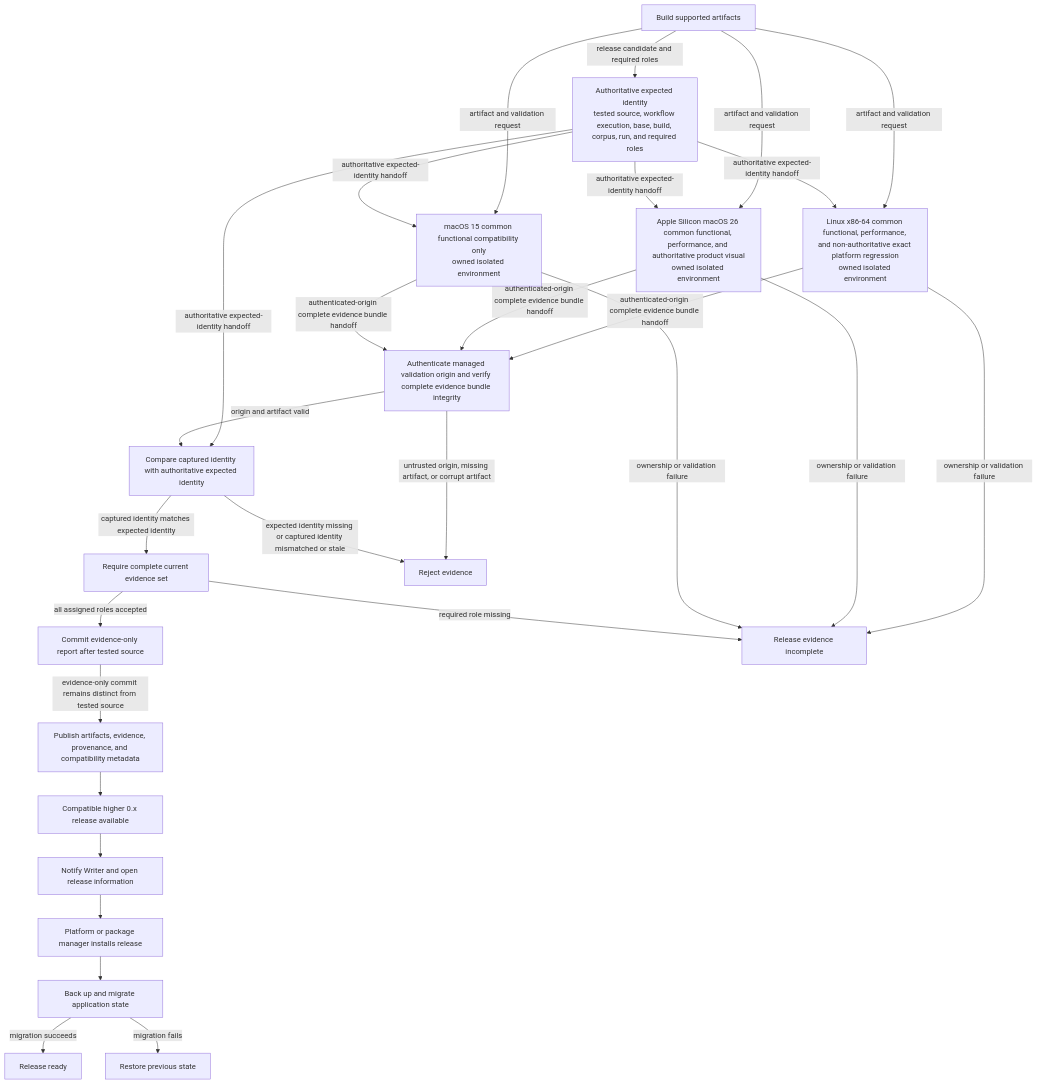
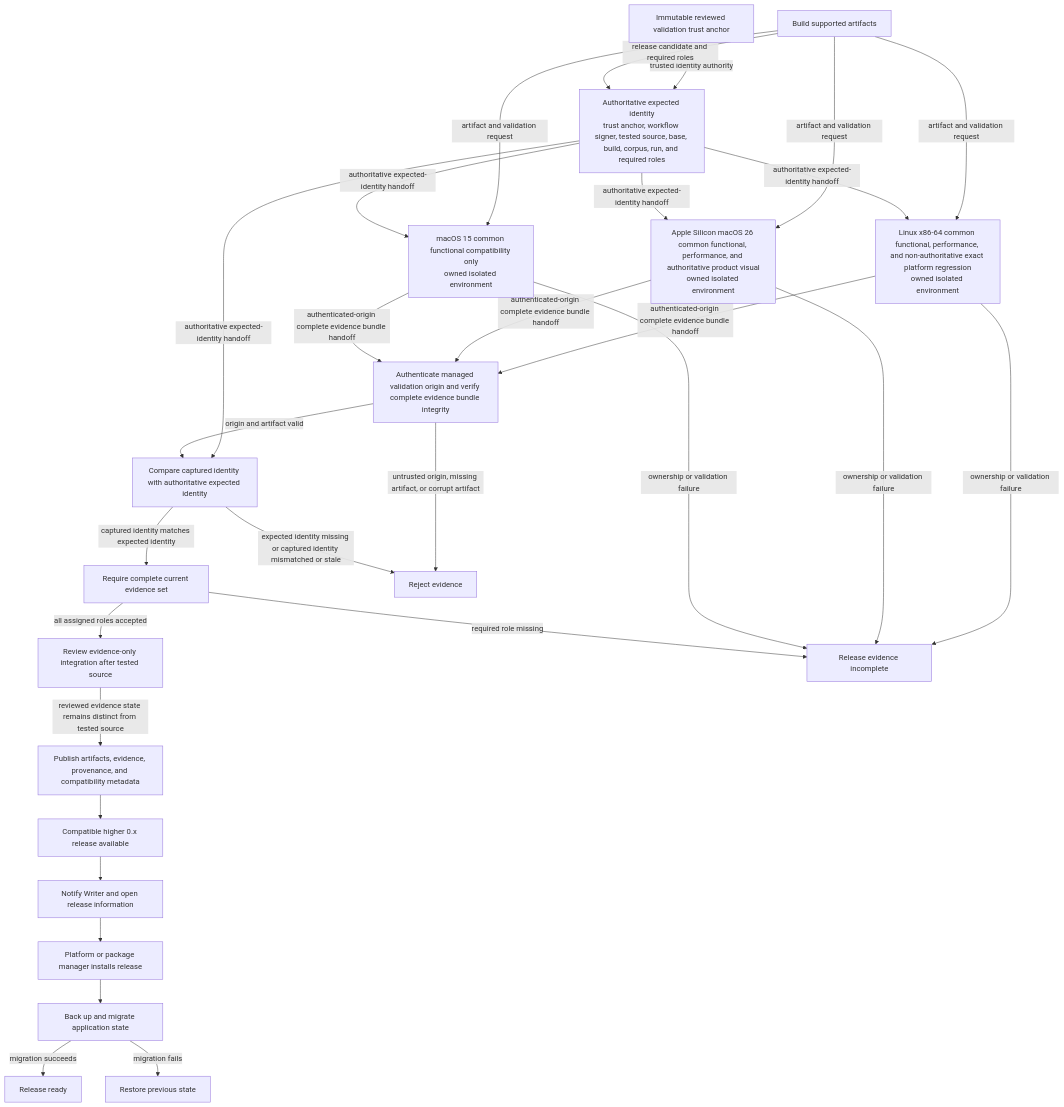
The diagram in .constitution/architecture/flows/flow-release.md (SkrOYC/burlmd), drawn with Mermaid before and after one commit. The commit also changed other lines of this file and 21 other files, not shown here.

First line of the commit message:
docs: bootstrap managed evidence from a merged trust anchor

````diff
--- a/.constitution/architecture/flows/flow-release.md
+++ b/.constitution/architecture/flows/flow-release.md
@@ -5,49 +5,51 @@
 ```mermaid
 flowchart TD
     Build[Build supported artifacts]
-    Expected[Authoritative expected identity\ntested source, workflow execution, base, build, corpus, run, and required roles]
+    Trust[Immutable reviewed validation trust anchor]
+    Expected[Authoritative expected identity\ntrust anchor, workflow signer, tested source, base, build, corpus, run, and required roles]
     Linux[Linux x86-64 common functional, performance, and non-authoritative exact platform regression\nowned isolated environment]
     MacReference[Apple Silicon macOS 26 common functional, performance, and authoritative product visual\nowned isolated environment]
     MacCompatibility[macOS 15 common functional compatibility only\nowned isolated environment]
     Integrity[Authenticate managed validation origin and verify complete evidence bundle integrity]
     Identity[Compare captured identity with authoritative expected identity]
     Complete[Require complete current evidence set]
-    Report[Commit evidence-only report after tested source]
+    Report[Review evidence-only integration after tested source]
     Publish[Publish artifacts, evidence, provenance, and compatibility metadata]
     Available[Compatible higher 0.x release available]
     Notify[Notify Writer and open release information]
     PlatformInstall[Platform or package manager installs release]
     Migrating[Back up and migrate application state]
     Ready[Release ready]
     PreviousState[Restore previous state]
     Failed[Release evidence incomplete]
     Rejected[Reject evidence]
 
+    Trust -->|trusted identity authority| Expected
     Build -->|release candidate and required roles| Expected
     Build -->|artifact and validation request| Linux
     Build -->|artifact and validation request| MacReference
     Build -->|artifact and validation request| MacCompatibility
     Expected -->|authoritative expected-identity handoff| Linux
     Expected -->|authoritative expected-identity handoff| MacReference
     Expected -->|authoritative expected-identity handoff| MacCompatibility
     Expected -->|authoritative expected-identity handoff| Identity
     Linux -->|authenticated-origin complete evidence bundle handoff| Integrity
     MacReference -->|authenticated-origin complete evidence bundle handoff| Integrity
     MacCompatibility -->|authenticated-origin complete evidence bundle handoff| Integrity
     Linux -->|ownership or validation failure| Failed
     MacReference -->|ownership or validation failure| Failed
     MacCompatibility -->|ownership or validation failure| Failed
     Integrity -->|origin and artifact valid| Identity
     Integrity -->|untrusted origin, missing artifact, or corrupt artifact| Rejected
     Identity -->|captured identity matches expected identity| Complete
     Identity -->|expected identity missing or captured identity mismatched or stale| Rejected
     Complete -->|all assigned roles accepted| Report
     Complete -->|required role missing| Failed
-    Report -->|evidence-only commit remains distinct from tested source| Publish
+    Report -->|reviewed evidence state remains distinct from tested source| Publish
     Publish --> Available
     Available --> Notify
     Notify --> PlatformInstall
     PlatformInstall --> Migrating
     Migrating -->|migration succeeds| Ready
     Migrating -->|migration fails| PreviousState
 ```
````
